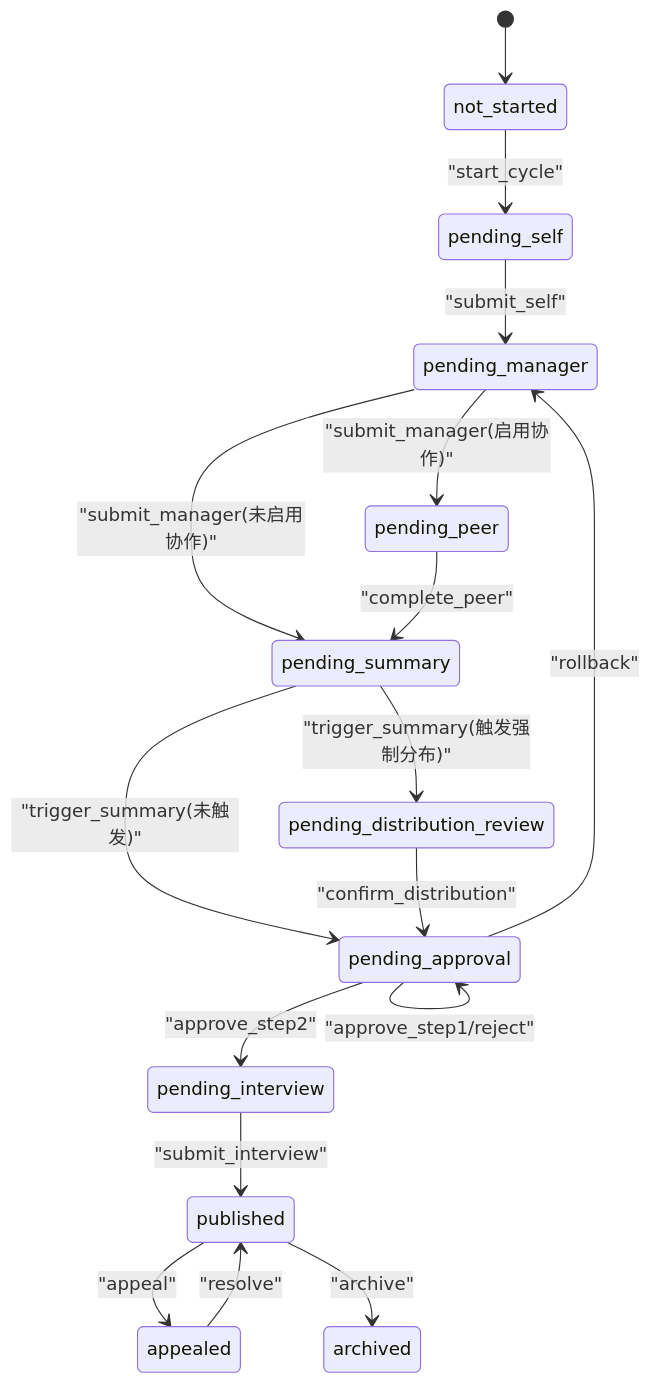
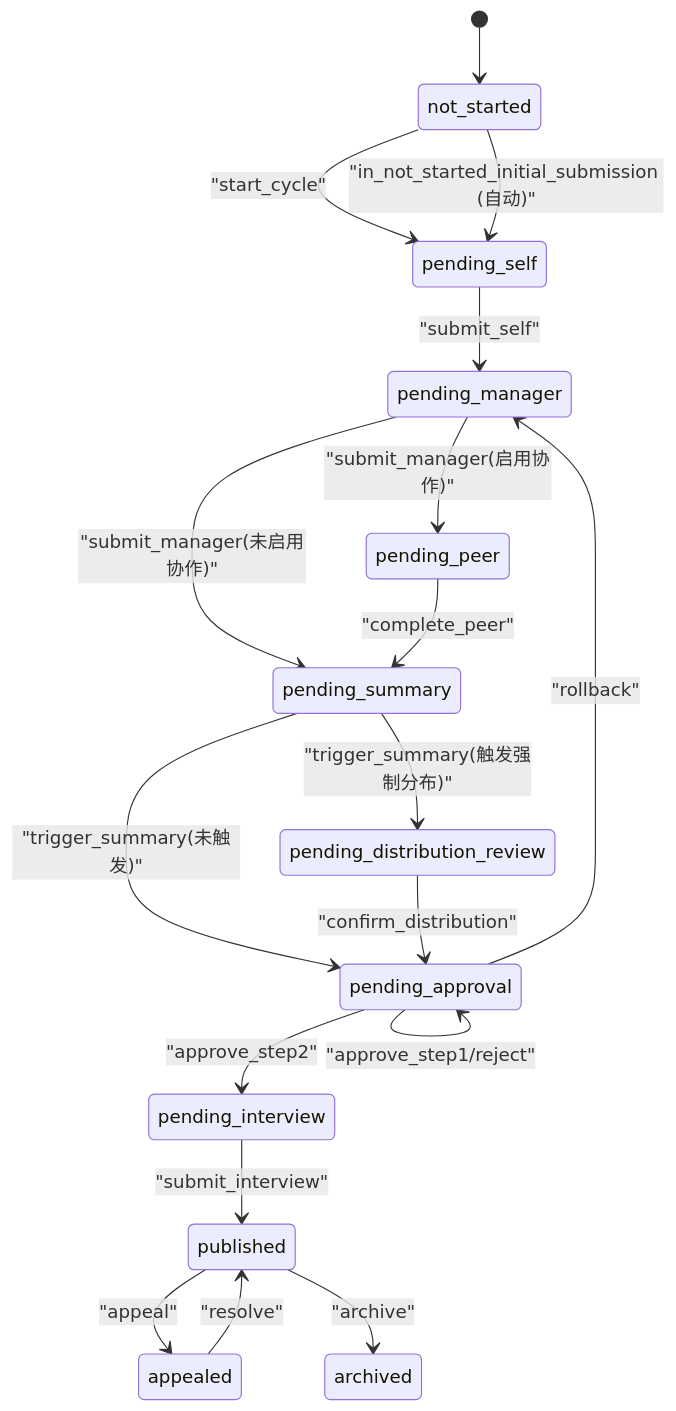
The fifth of 5 diagrams in .qoder/repowiki/zh/content/考核周期管理/状态机工作流引擎.md (xgd561/performance_evaluation_system), drawn with Mermaid before and after one commit. The commit also changed other lines of this file and 136 other files, not shown here.

````diff
--- a/.qoder/repowiki/zh/content/考核周期管理/状态机工作流引擎.md
+++ b/.qoder/repowiki/zh/content/考核周期管理/状态机工作流引擎.md
@@ -296,19 +345,20 @@
 ```mermaid
 stateDiagram-v2
 [*] --> not_started
 not_started --> pending_self : "start_cycle"
+not_started --> pending_self : "in_not_started_initial_submission (自动)"
 pending_self --> pending_manager : "submit_self"
 pending_manager --> pending_peer : "submit_manager(启用协作)"
 pending_manager --> pending_summary : "submit_manager(未启用协作)"
 pending_peer --> pending_summary : "complete_peer"
 pending_summary --> pending_distribution_review : "trigger_summary(触发强制分布)"
 pending_summary --> pending_approval : "trigger_summary(未触发)"
 pending_distribution_review --> pending_approval : "confirm_distribution"
 pending_approval --> pending_approval : "approve_step1/reject"
 pending_approval --> pending_interview : "approve_step2"
 pending_approval --> pending_manager : "rollback"
 pending_interview --> published : "submit_interview"
 published --> appealed : "appeal"
 appealed --> published : "resolve"
 published --> archived : "archive"
 ```
````
